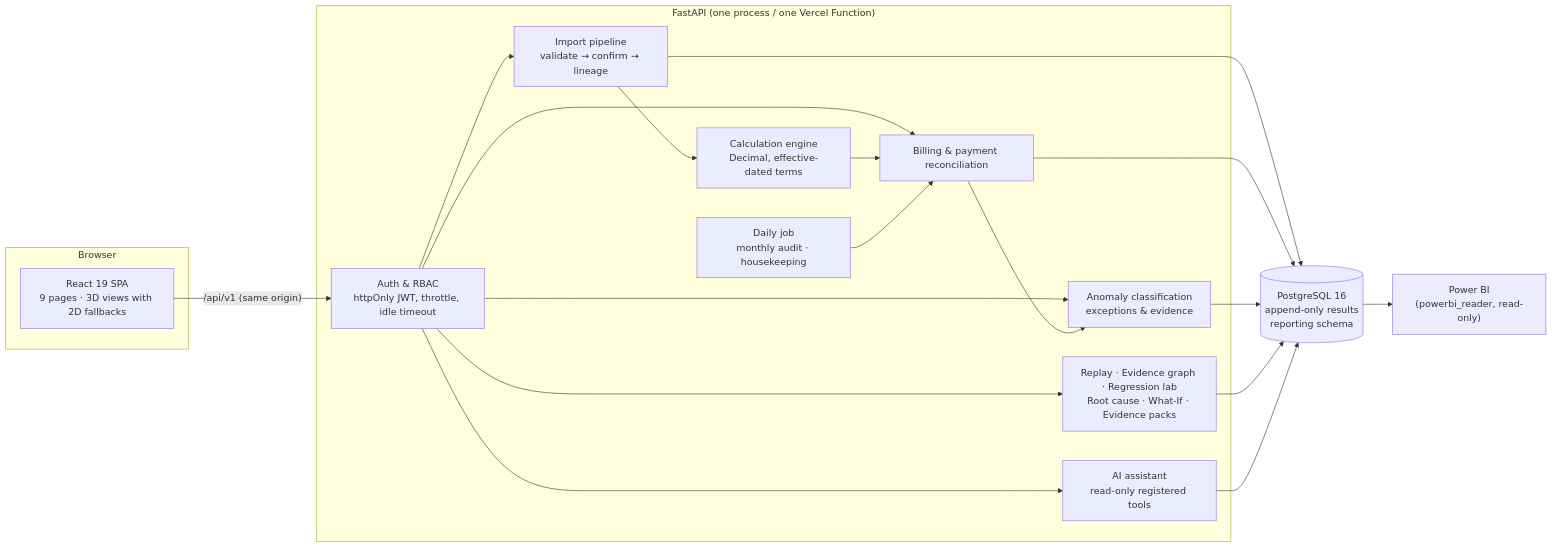
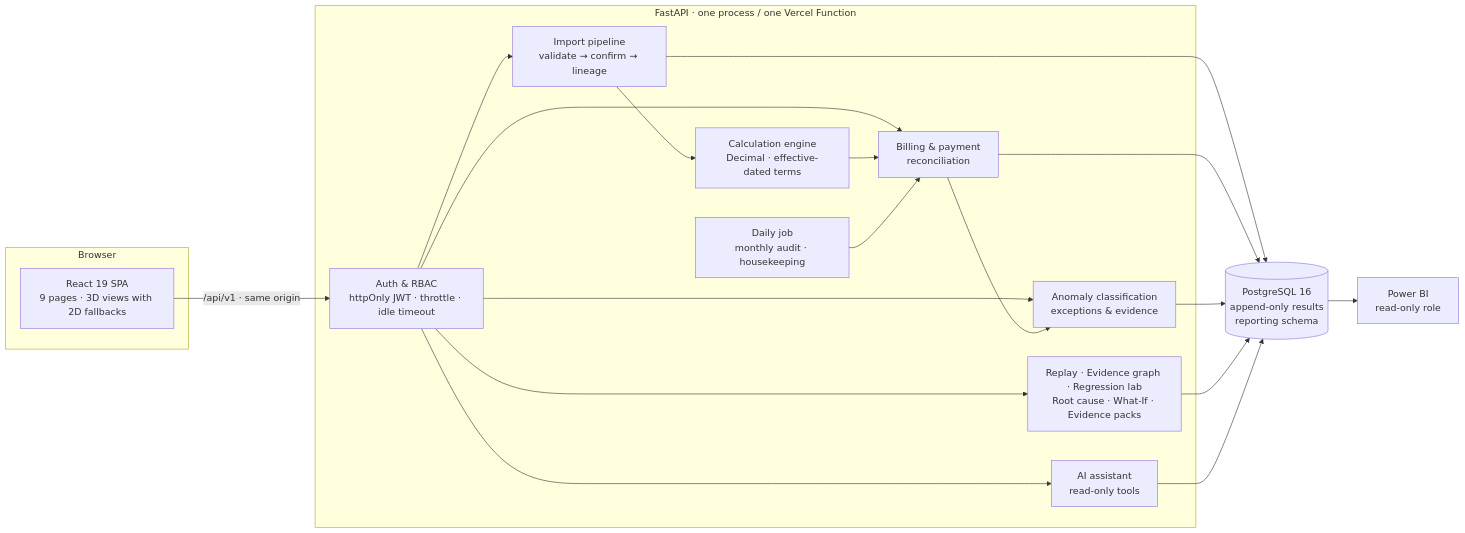
One commit to piyushT3003/SaaS-Revenue-Leakage-Auditor changed the diagram in README.md. Above: the diagram before and after it, drawn with Mermaid. The commit also changed other lines of this file and 1 other file, not shown here.

````diff
--- a/README.md
+++ b/README.md
@@ -25,24 +117,24 @@
 ```mermaid
 flowchart LR
   subgraph Browser
     SPA["React 19 SPA<br/>9 pages · 3D views with 2D fallbacks"]
   end
-  subgraph API["FastAPI (one process / one Vercel Function)"]
-    AUTH["Auth & RBAC<br/>httpOnly JWT, throttle, idle timeout"]
+  subgraph API["FastAPI · one process / one Vercel Function"]
+    AUTH["Auth & RBAC<br/>httpOnly JWT · throttle · idle timeout"]
     ING["Import pipeline<br/>validate → confirm → lineage"]
-    ENG["Calculation engine<br/>Decimal, effective-dated terms"]
-    REC["Billing & payment reconciliation"]
+    ENG["Calculation engine<br/>Decimal · effective-dated terms"]
+    REC["Billing & payment<br/>reconciliation"]
     EXC["Anomaly classification<br/>exceptions & evidence"]
     ADV["Replay · Evidence graph · Regression lab<br/>Root cause · What-If · Evidence packs"]
-    AI["AI assistant<br/>read-only registered tools"]
+    AI["AI assistant<br/>read-only tools"]
     CRON["Daily job<br/>monthly audit · housekeeping"]
   end
   DB[("PostgreSQL 16<br/>append-only results<br/>reporting schema")]
-  PBI["Power BI<br/>(powerbi_reader, read-only)"]
-  SPA -- "/api/v1 (same origin)" --> AUTH
+  PBI["Power BI<br/>read-only role"]
+  SPA -- "/api/v1 · same origin" --> AUTH
   AUTH --> ING & REC & EXC & ADV & AI
   ING --> ENG --> REC --> EXC
   CRON --> REC
   ING & REC & EXC & ADV & AI --> DB
   DB --> PBI
 ```
````
